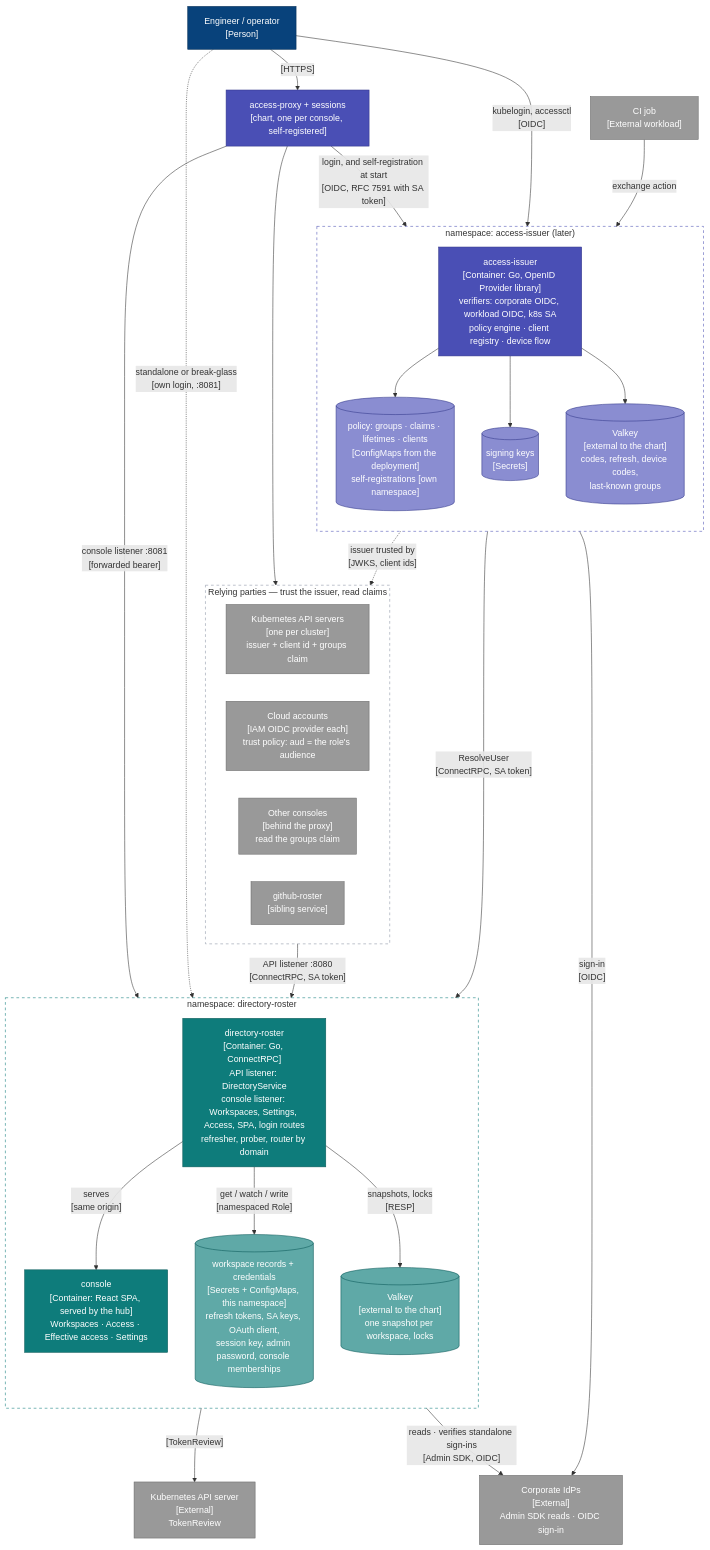
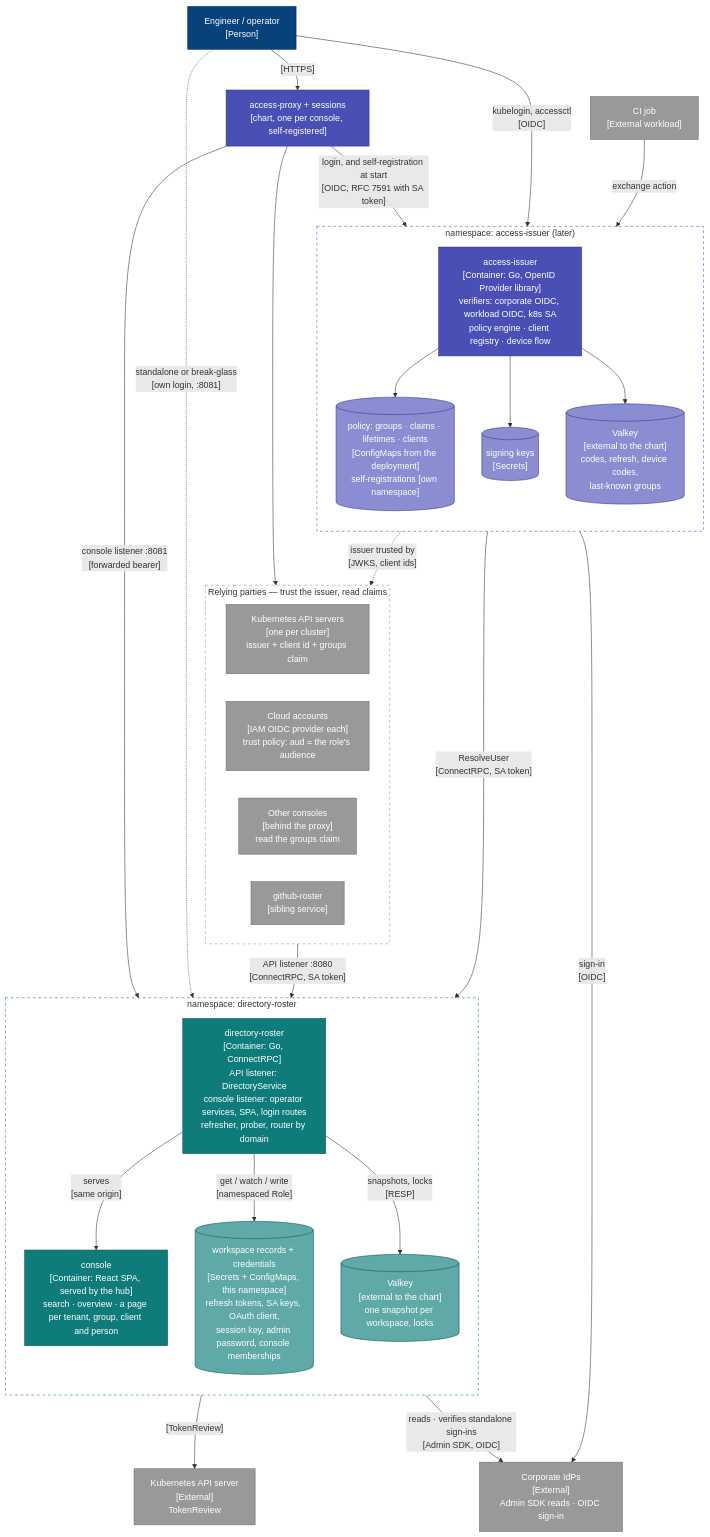
One commit to truvity/access-roster changed the second of 11 diagrams in docs/architecture.md. Above: the diagram before and after it, drawn with Mermaid. The commit also changed other lines of this file and 7 other files, not shown here.

````diff
--- a/docs/architecture.md
+++ b/docs/architecture.md
@@ -81,64 +81,64 @@
 ```mermaid
 flowchart TB
   eng["Engineer / operator<br/>[Person]"]:::person
   ci["CI job<br/>[External workload]"]:::ext
   proxy["access-proxy + sessions<br/>[chart, one per console, self-registered]"]:::token
   idp["Corporate IdPs<br/>[External]<br/>Admin SDK reads · OIDC sign-in"]:::ext
   kapi["Kubernetes API server<br/>[External]<br/>TokenReview"]:::ext
 
   subgraph nsTs["namespace: access-issuer (later)"]
     direction TB
     ts["access-issuer<br/>[Container: Go, OpenID Provider library]<br/>verifiers: corporate OIDC, workload OIDC, k8s SA<br/>policy engine · client registry · device flow"]:::token
     policyStore[("policy: groups · claims · lifetimes · clients<br/>[ConfigMaps from the deployment]<br/>self-registrations [own namespace]")]:::tokenStore
     keys[("signing keys<br/>[Secrets]")]:::tokenStore
     tsv[("Valkey<br/>[external to the chart]<br/>codes, refresh, device codes,<br/>last-known groups")]:::tokenStore
   end
 
   subgraph nsHub["namespace: directory-roster"]
     direction TB
-    hub["directory-roster<br/>[Container: Go, ConnectRPC]<br/>API listener: DirectoryService<br/>console listener: Workspaces, Settings, Access, SPA, login routes<br/>refresher, prober, router by domain"]:::hub
-    spa["console<br/>[Container: React SPA, served by the hub]<br/>Workspaces · Access · Effective access · Settings"]:::hub
+    hub["directory-roster<br/>[Container: Go, ConnectRPC]<br/>API listener: DirectoryService<br/>console listener: operator services, SPA, login routes<br/>refresher, prober, router by domain"]:::hub
+    spa["console<br/>[Container: React SPA, served by the hub]<br/>search · overview · a page per tenant, group, client and person"]:::hub
     k8s[("workspace records + credentials<br/>[Secrets + ConfigMaps, this namespace]<br/>refresh tokens, SA keys, OAuth client,<br/>session key, admin password, console memberships")]:::hubStore
     hv[("Valkey<br/>[external to the chart]<br/>one snapshot per workspace, locks")]:::hubStore
   end
 
   subgraph rp["Relying parties — trust the issuer, read claims"]
     direction LR
     k8sapi["Kubernetes API servers<br/>[one per cluster]<br/>issuer + client id + groups claim"]:::ext
     cloud["Cloud accounts<br/>[IAM OIDC provider each]<br/>trust policy: aud = the role's audience"]:::ext
     consoles["Other consoles<br/>[behind the proxy]<br/>read the groups claim"]:::ext
     roster["github-roster<br/>[sibling service]"]:::ext
   end
 
   eng -- "[HTTPS]" --> proxy
   proxy -- "login, and self-registration at start<br/>[OIDC, RFC 7591 with SA token]" --> ts
   proxy -- "console listener :8081<br/>[forwarded bearer]" --> hub
   proxy --> consoles
   eng -. "standalone or break-glass<br/>[own login, :8081]" .-> hub
   eng -- "kubelogin, accessctl<br/>[OIDC]" --> ts
   ci -- "exchange action" --> ts
   ts -- "sign-in<br/>[OIDC]" --> idp
   ts -- "ResolveUser<br/>[ConnectRPC, SA token]" --> hub
   ts --> policyStore
   ts --> keys
   ts --> tsv
   ts -. "issuer trusted by<br/>[JWKS, client ids]" .-> rp
   hub -- "serves<br/>[same origin]" --> spa
   hub -- "[TokenReview]" --> kapi
   hub -- "get / watch / write<br/>[namespaced Role]" --> k8s
   hub -- "snapshots, locks<br/>[RESP]" --> hv
   hub -- "reads · verifies standalone sign-ins<br/>[Admin SDK, OIDC]" --> idp
   roster -- "API listener :8080<br/>[ConnectRPC, SA token]" --> hub
 
   classDef person fill:#08427b,stroke:#052e56,color:#fff
   classDef system fill:#1168bd,stroke:#0b4884,color:#fff
   classDef ext fill:#999999,stroke:#6b6b6b,color:#fff
   classDef hub fill:#0E7C7B,stroke:#0A5958,color:#fff
   classDef hubStore fill:#5FA9A7,stroke:#0A5958,color:#fff
   classDef token fill:#4A4FB5,stroke:#33378A,color:#fff
   classDef tokenStore fill:#8A8DD1,stroke:#33378A,color:#fff
   classDef component fill:#85bbf0,stroke:#5d82a8,color:#000
   style nsTs fill:none,stroke:#4A4FB5,stroke-dasharray:5 5
   style nsHub fill:none,stroke:#0E7C7B,stroke-dasharray:5 5
   style rp fill:none,stroke:#8A93A3,stroke-dasharray:5 5
 ```
````
